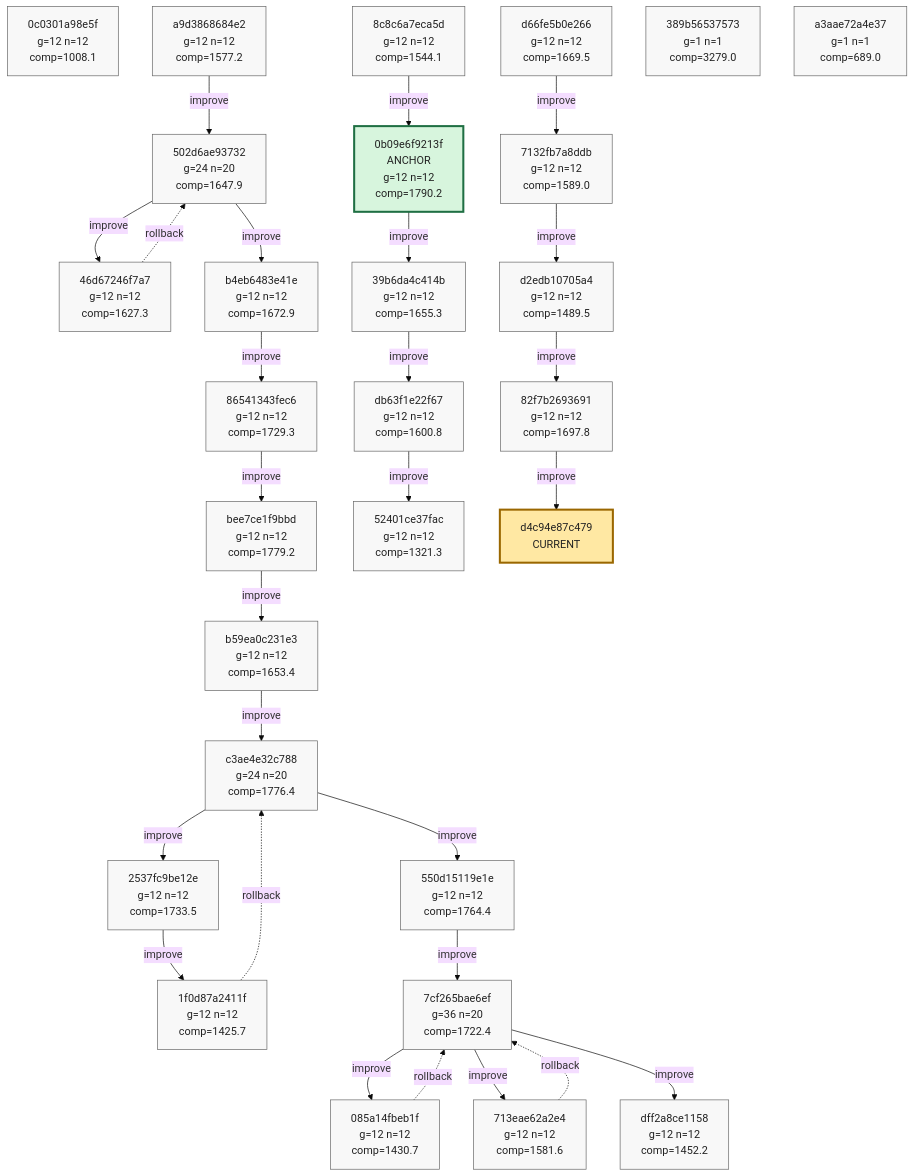
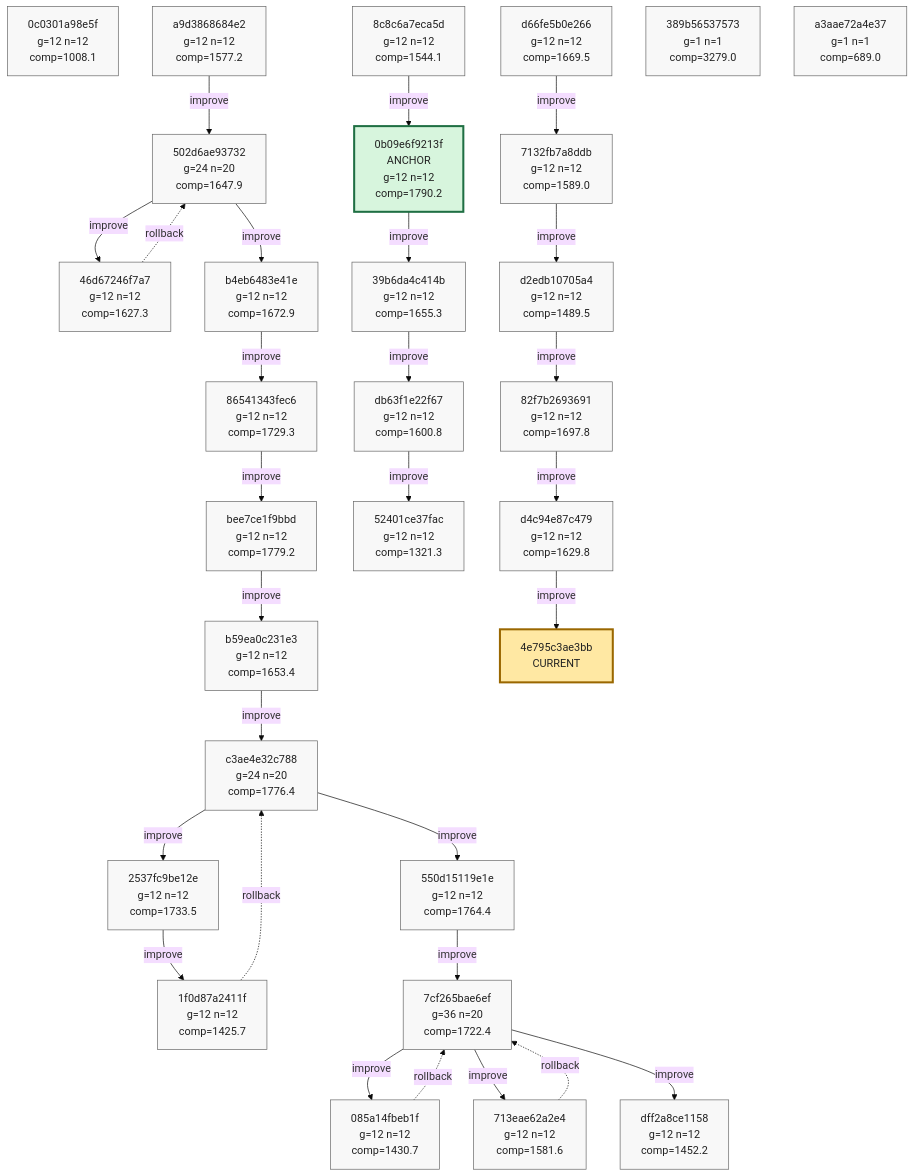
The tenth of 10 diagrams in phyrogenetic-tree.md (azumag/soviet_now), drawn with Mermaid (base theme) before and after one commit. The commit also changed other lines of this file and 2 other files, not shown here.

Commit message:
eloop Improve after 12 games (scores: 1402 2540 2036 1397 1708 708 1062 1295 3938 2683 1854 2165)

````diff
--- a/phyrogenetic-tree.md
+++ b/phyrogenetic-tree.md
@@ -2559,9 +2559,10 @@
     h_7132fb7a8ddb["7132fb7a8ddb<br/>g=12 n=12<br/>comp=1589.0"]
     h_d2edb10705a4["d2edb10705a4<br/>g=12 n=12<br/>comp=1489.5"]
     h_82f7b2693691["82f7b2693691<br/>g=12 n=12<br/>comp=1697.8"]
+    h_d4c94e87c479["d4c94e87c479<br/>g=12 n=12<br/>comp=1629.8"]
     h_389b56537573["389b56537573<br/>g=1 n=1<br/>comp=3279.0"]
     h_a3aae72a4e37["a3aae72a4e37<br/>g=1 n=1<br/>comp=689.0"]
-    h_d4c94e87c479["d4c94e87c479<br/>CURRENT"]
+    h_4e795c3ae3bb["4e795c3ae3bb<br/>CURRENT"]
 
     h_a9d3868684e2 -->|improve| h_502d6ae93732
     h_502d6ae93732 -->|improve| h_46d67246f7a7
@@ -2589,6 +2590,7 @@
     h_7132fb7a8ddb -->|improve| h_d2edb10705a4
     h_d2edb10705a4 -->|improve| h_82f7b2693691
     h_82f7b2693691 -->|improve| h_d4c94e87c479
+    h_d4c94e87c479 -->|improve| h_4e795c3ae3bb
 
     classDef plain fill:#f8f8f8,stroke:#666,stroke-width:1px,color:#222;
     classDef current fill:#ffe8a3,stroke:#9a6700,stroke-width:3px,color:#222;
@@ -2620,7 +2622,8 @@
     class h_7132fb7a8ddb plain;
     class h_d2edb10705a4 plain;
     class h_82f7b2693691 plain;
+    class h_d4c94e87c479 plain;
     class h_389b56537573 plain;
     class h_a3aae72a4e37 plain;
-    class h_d4c94e87c479 current;
+    class h_4e795c3ae3bb current;
 ```
````
